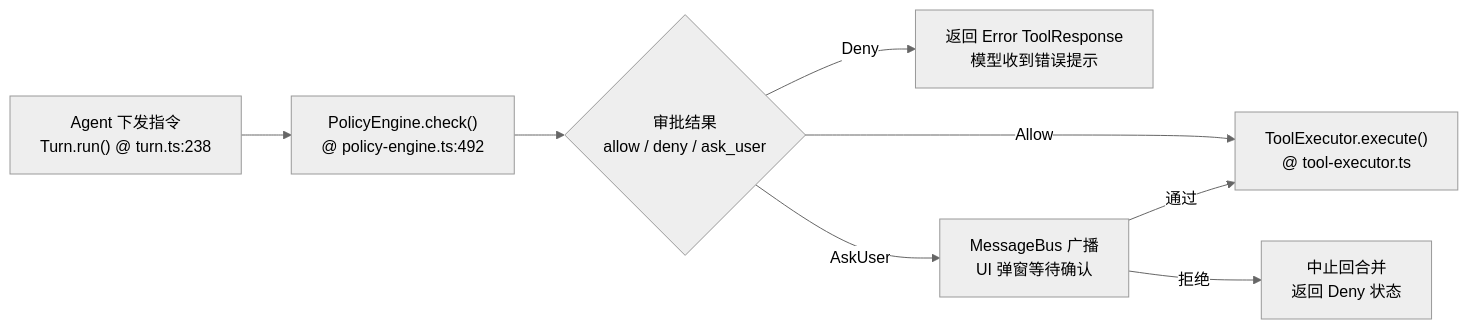
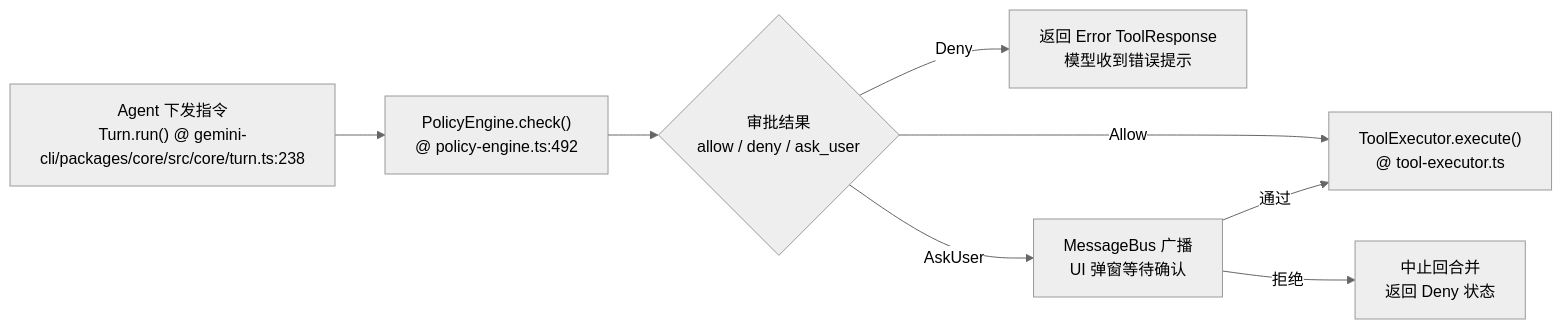
One commit to feuyeux/hello-olleh changed the diagram in hello-gemini-cli/07-error-security.md. Above: the diagram before and after it, drawn with Mermaid. The commit also changed other lines of this file and 36 other files, not shown here.

````diff
--- a/hello-gemini-cli/07-error-security.md
+++ b/hello-gemini-cli/07-error-security.md
@@ -51,11 +52,11 @@
 ```mermaid
 %%{init: {'theme': 'neutral'}}%%
 flowchart LR
-    Start["Agent 下发指令<br/>Turn.run() @ turn.ts:238"] --> Check["PolicyEngine.check()<br/>@ policy-engine.ts:492"]
+    Start["Agent 下发指令<br/>Turn.run() @ gemini-cli/packages/core/src/core/turn.ts:238"] --> Check["PolicyEngine.check()<br/>@ policy-engine.ts:492"]
     Check --> Safe{审批结果<br/>allow / deny / ask_user}
     Safe -->|Allow| Run["ToolExecutor.execute()<br/>@ tool-executor.ts"]
     Safe -->|Deny| ErrorResp["返回 Error ToolResponse<br/>模型收到错误提示"]
     Safe -->|AskUser| Ask["MessageBus 广播<br/>UI 弹窗等待确认"]
     Ask -->|拒绝| Cancel["中止回合并<br/>返回 Deny 状态"]
     Ask -->|通过| Run
 ```
````
